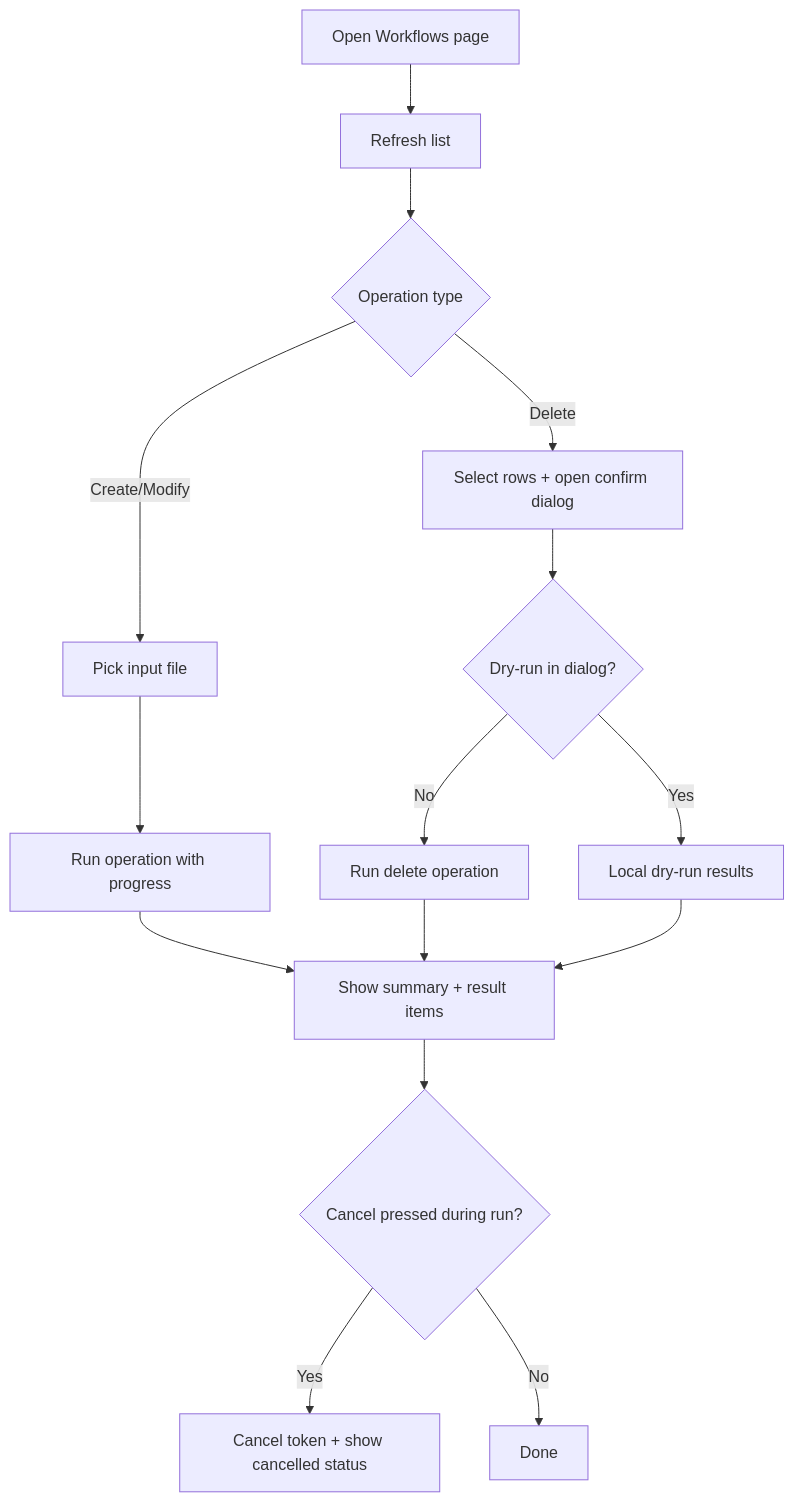
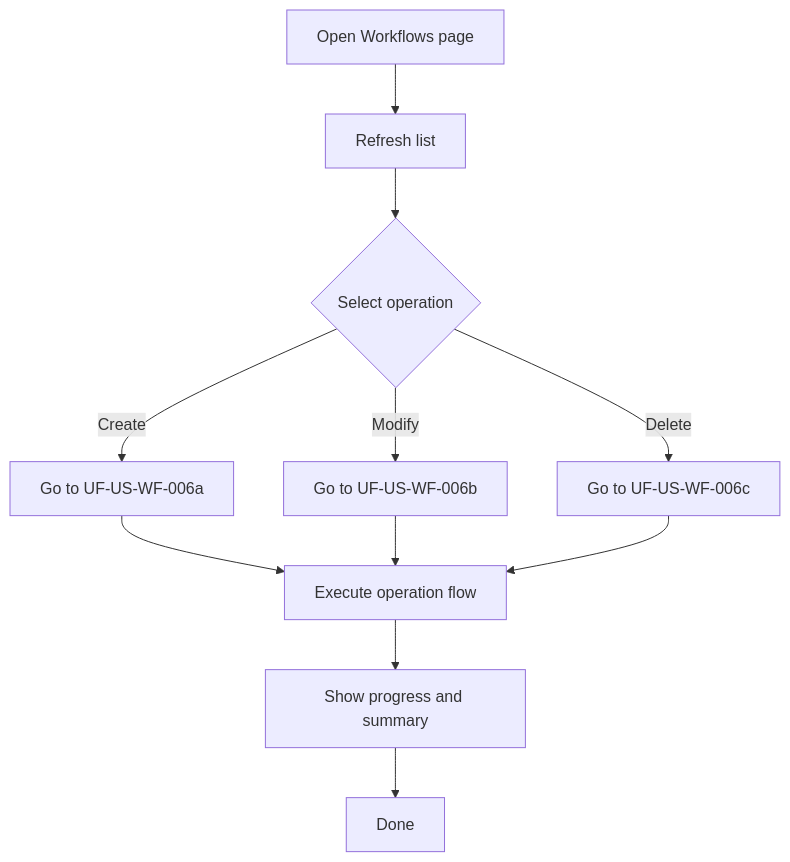
The diagram in docs/design/user-flows/UF-US-WF-006-Client-Workflow-Operations.md (RandyNettles/adept-power-tools), drawn with Mermaid before and after one commit. The commit also changed other lines of this file and 13 other files, not shown here.

````diff
--- a/docs/design/user-flows/UF-US-WF-006-Client-Workflow-Operations.md
+++ b/docs/design/user-flows/UF-US-WF-006-Client-Workflow-Operations.md
@@ -47,17 +34,13 @@
 ```mermaid
 flowchart TD
   A[Open Workflows page] --> B[Refresh list]
-  B --> C{Operation type}
-  C -->|Create/Modify| D[Pick input file]
-  C -->|Delete| E[Select rows + open confirm dialog]
-  D --> F[Run operation with progress]
-  E --> G{Dry-run in dialog?}
-  G -->|Yes| H[Local dry-run results]
-  G -->|No| I[Run delete operation]
-  F --> J[Show summary + result items]
-  I --> J
-  H --> J
-  J --> K{Cancel pressed during run?}
-  K -->|Yes| L[Cancel token + show cancelled status]
-  K -->|No| M[Done]
+  B --> C{Select operation}
+  C -->|Create| D[Go to UF-US-WF-006a]
+  C -->|Modify| E[Go to UF-US-WF-006b]
+  C -->|Delete| F[Go to UF-US-WF-006c]
+  D --> G[Execute operation flow]
+  E --> G
+  F --> G
+  G --> H[Show progress and summary]
+  H --> I[Done]
 ```
````
